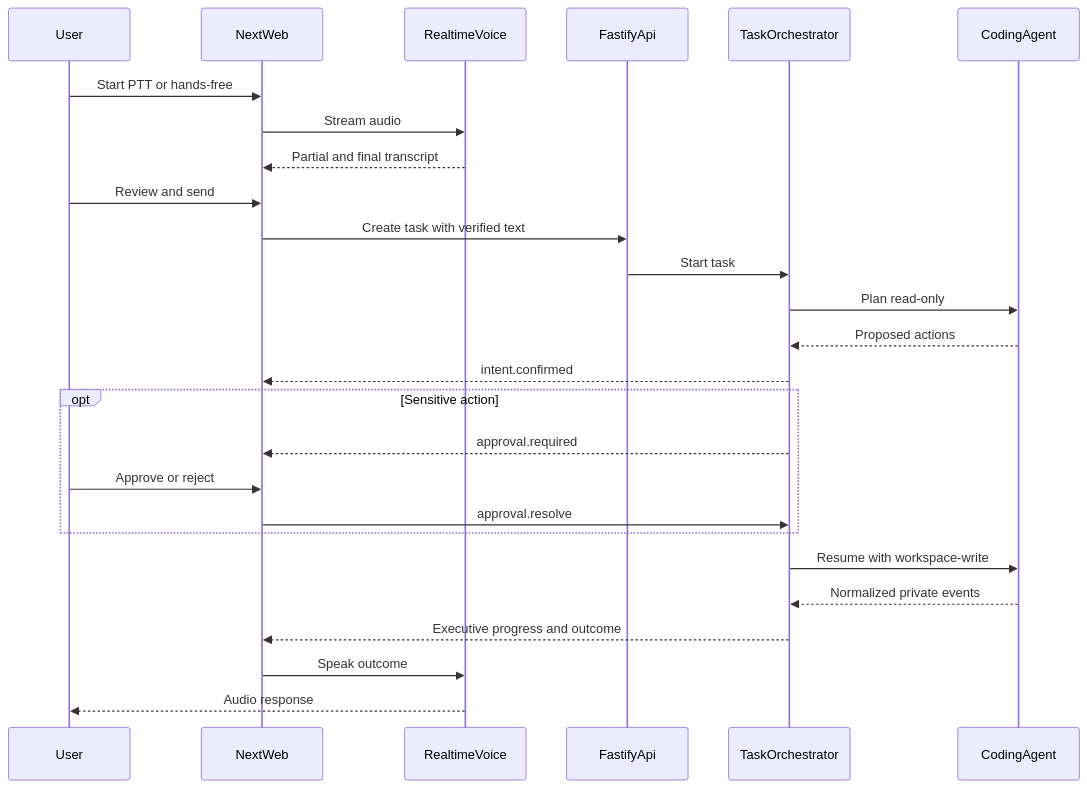
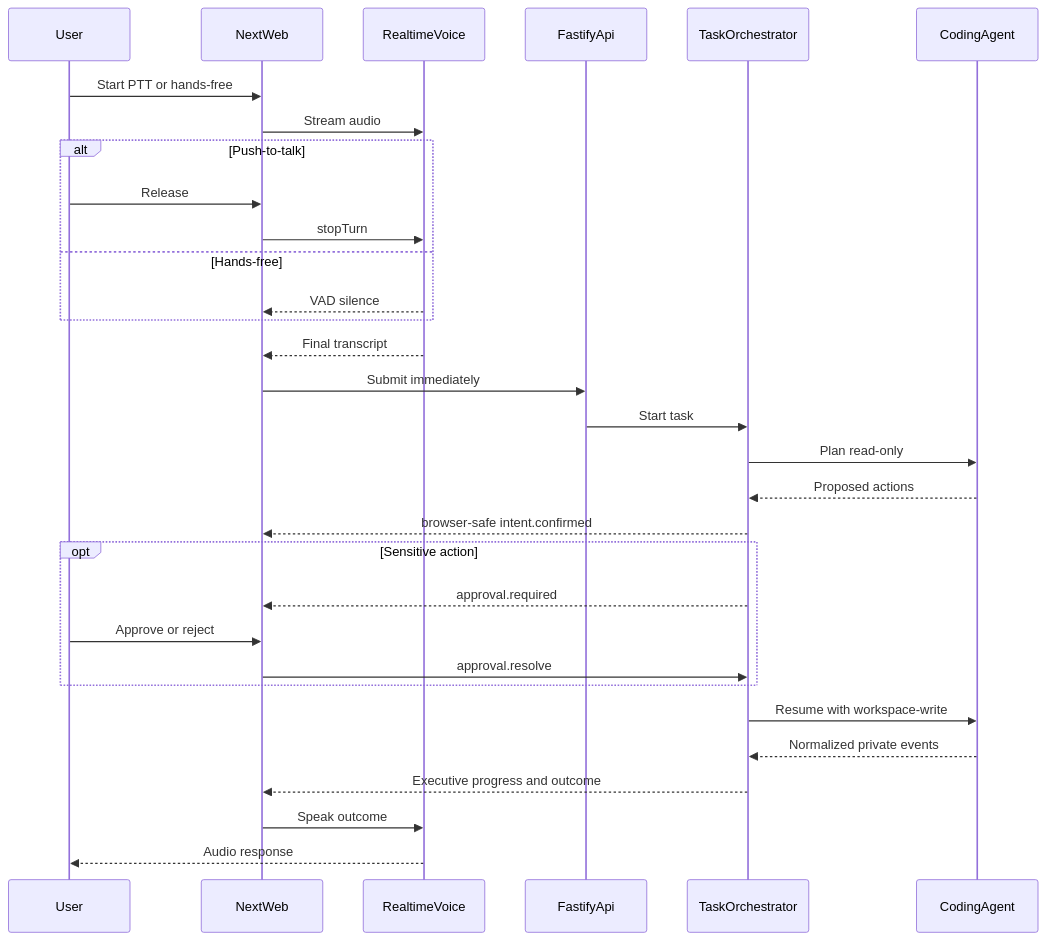
One commit to jv8-alt/voice-agent changed the second of 6 diagrams in MIKADO.md. Above: the diagram before and after it, drawn with Mermaid. The commit also changed other lines of this file, not shown here.

````diff
--- a/MIKADO.md
+++ b/MIKADO.md
@@ -131,28 +179,33 @@
 ```mermaid
 sequenceDiagram
   participant User
   participant Web as NextWeb
   participant Voice as RealtimeVoice
   participant Api as FastifyApi
   participant Flow as TaskOrchestrator
   participant Agent as CodingAgent
   User->>Web: Start PTT or hands-free
   Web->>Voice: Stream audio
-  Voice-->>Web: Partial and final transcript
-  User->>Web: Review and send
-  Web->>Api: Create task with verified text
+  alt Push-to-talk
+    User->>Web: Release
+    Web->>Voice: stopTurn
+  else Hands-free
+    Voice-->>Web: VAD silence
+  end
+  Voice-->>Web: Final transcript
+  Web->>Api: Submit immediately
   Api->>Flow: Start task
   Flow->>Agent: Plan read-only
   Agent-->>Flow: Proposed actions
-  Flow-->>Web: intent.confirmed
+  Flow-->>Web: browser-safe intent.confirmed
   opt Sensitive action
     Flow-->>Web: approval.required
     User->>Web: Approve or reject
     Web->>Flow: approval.resolve
   end
   Flow->>Agent: Resume with workspace-write
   Agent-->>Flow: Normalized private events
   Flow-->>Web: Executive progress and outcome
   Web->>Voice: Speak outcome
   Voice-->>User: Audio response
 ```
````
